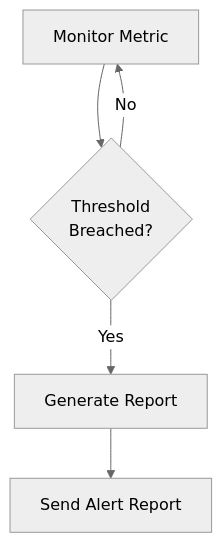
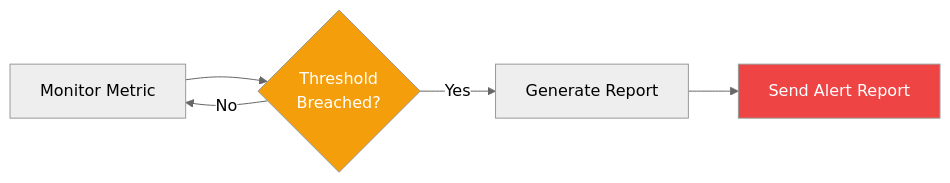
Before and after one commit to ashishsuperatom/tech-docs: the second of 2 diagrams in platform/reports.mdx, drawn with Mermaid (neutral theme). The commit also changed other lines of this file and 80 other files, not shown here.

````diff
--- a/platform/reports.mdx
+++ b/platform/reports.mdx
@@ -126,8 +147,10 @@
 ```mermaid
-flowchart TD
+flowchart LR
     MONITOR["Monitor Metric"] --> THRESHOLD{"Threshold\nBreached?"}
     THRESHOLD -->|Yes| GENERATE["Generate Report"]
     THRESHOLD -->|No| MONITOR
     GENERATE --> ALERT["Send Alert Report"]
 
+    style THRESHOLD fill:#f59e0b,color:#fff
+    style ALERT fill:#ef4444,color:#fff
 ```
````
